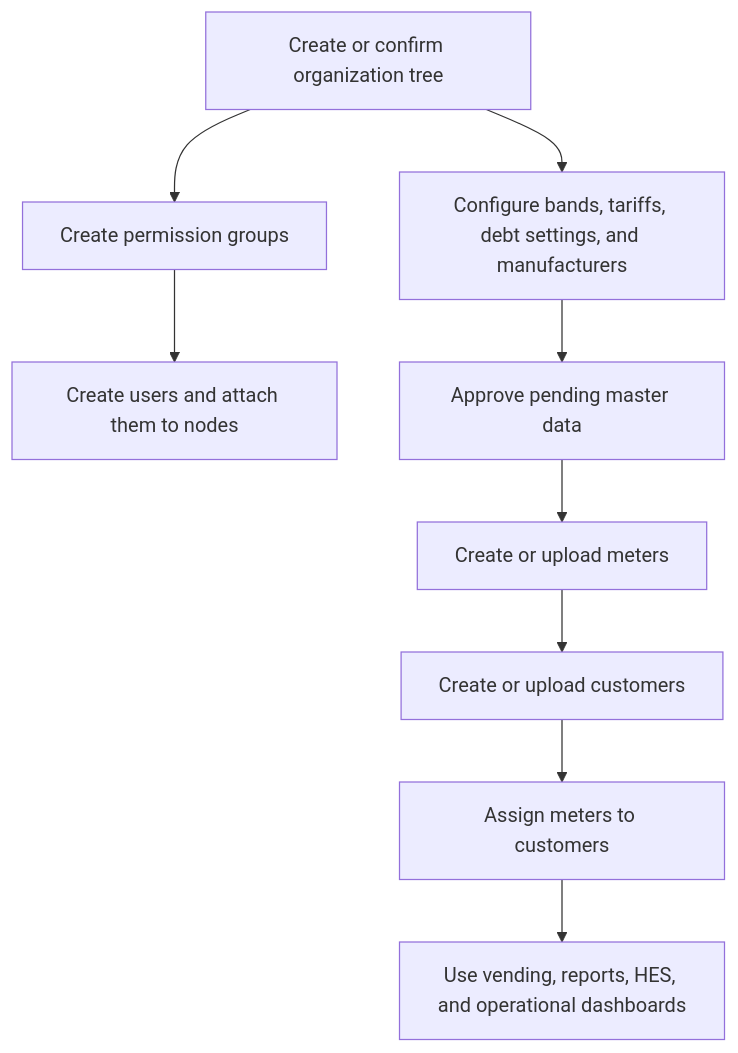
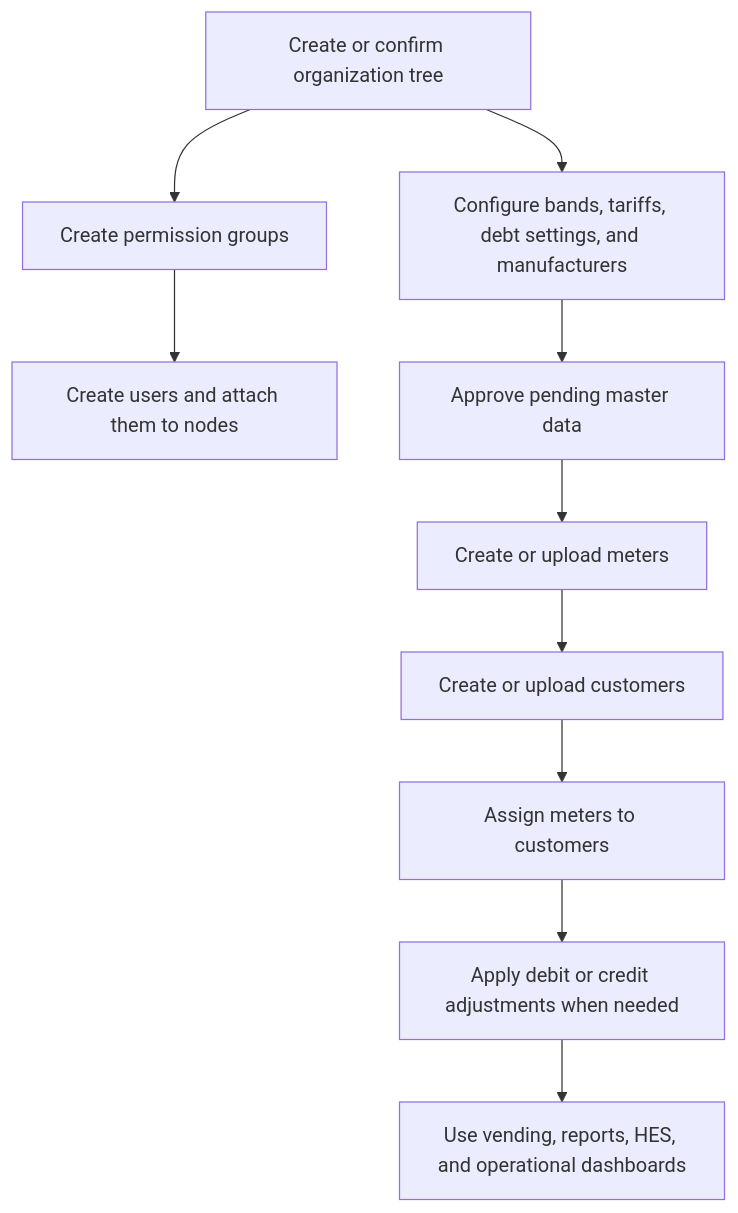
The first of 5 diagrams in docs/project-onboarding-guide.md (memmcolapps/gridflex-frontend), drawn with Mermaid before and after one commit. The commit also changed other lines of this file, not shown here.

Commit message:
feat: update onboarding guide to clarify adjustment processes and improve user flow

````diff
--- a/docs/project-onboarding-guide.md
+++ b/docs/project-onboarding-guide.md
@@ -19,11 +19,12 @@
 ```mermaid
 flowchart TD
   A["Create or confirm organization tree"] --> B["Create permission groups"]
   B --> C["Create users and attach them to nodes"]
   A --> D["Configure bands, tariffs, debt settings, and manufacturers"]
   D --> E["Approve pending master data"]
   E --> F["Create or upload meters"]
   F --> G["Create or upload customers"]
   G --> H["Assign meters to customers"]
-  H --> I["Use vending, reports, HES, and operational dashboards"]
+  H --> I["Apply debit or credit adjustments when needed"]
+  I --> J["Use vending, reports, HES, and operational dashboards"]
 ```
````
